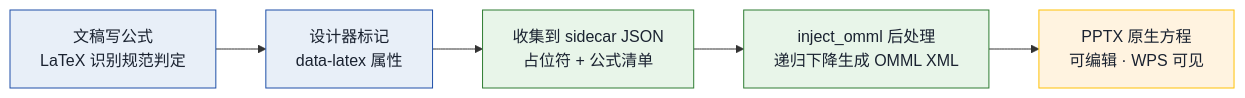
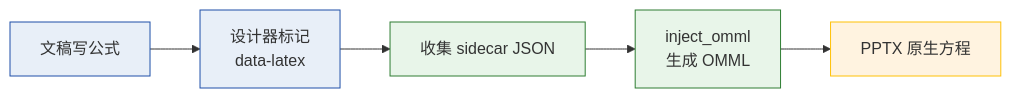
One commit to int2t05/internship changed the tenth of 13 diagrams in manuscript.md. Above: the diagram before and after it, drawn with Mermaid. The commit also changed other lines of this file and 12 other files, not shown here.

````diff
--- a/manuscript.md
+++ b/manuscript.md
@@ -447,13 +415,13 @@
 ```mermaid
 flowchart LR
-    R["文稿写公式<br/>LaTeX 识别规范判定"] --> D["设计器标记<br/>data-latex 属性"]
-    D --> C["收集到 sidecar JSON<br/>占位符 + 公式清单"]
-    C --> I["inject_omml 后处理<br/>递归下降生成 OMML XML"]
-    I --> P["PPTX 原生方程<br/>可编辑 · WPS 可见"]
-    classDef doc fill:#E8EFF8,stroke:#1E4FA8,color:#1A2230
-    classDef inject fill:#E8F5E9,stroke:#2E7D32,color:#1A2230
-    classDef out fill:#FFF3E0,stroke:#FFC107,color:#1A2230
+    R["文稿写公式"] --> D["设计器标记<br/>data-latex"]
+    D --> C["收集 sidecar JSON"]
+    C --> I["inject_omml<br/>生成 OMML"]
+    I --> P["PPTX 原生方程"]
+    classDef doc fill:#E8EFF8,stroke:#1E4FA8
+    classDef inject fill:#E8F5E9,stroke:#2E7D32
+    classDef out fill:#FFF3E0,stroke:#FFC107
     class R,D doc
     class C,I inject
     class P out
 ```
````
